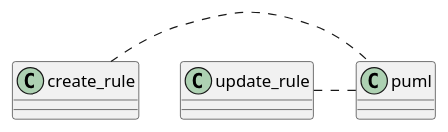
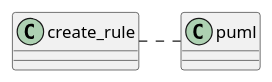
Before and after one commit to omar115/demo-rule: the diagram in docs/index.rst, drawn with PlantUML. The commit also changed other lines of this file and 24 other files, not shown here.

```diff
--- a/docs/index.rst
+++ b/docs/index.rst
@@ -17,4 +17,3 @@
 .. uml:: 
    
    create_rule.puml
-   update_rule.puml
```
